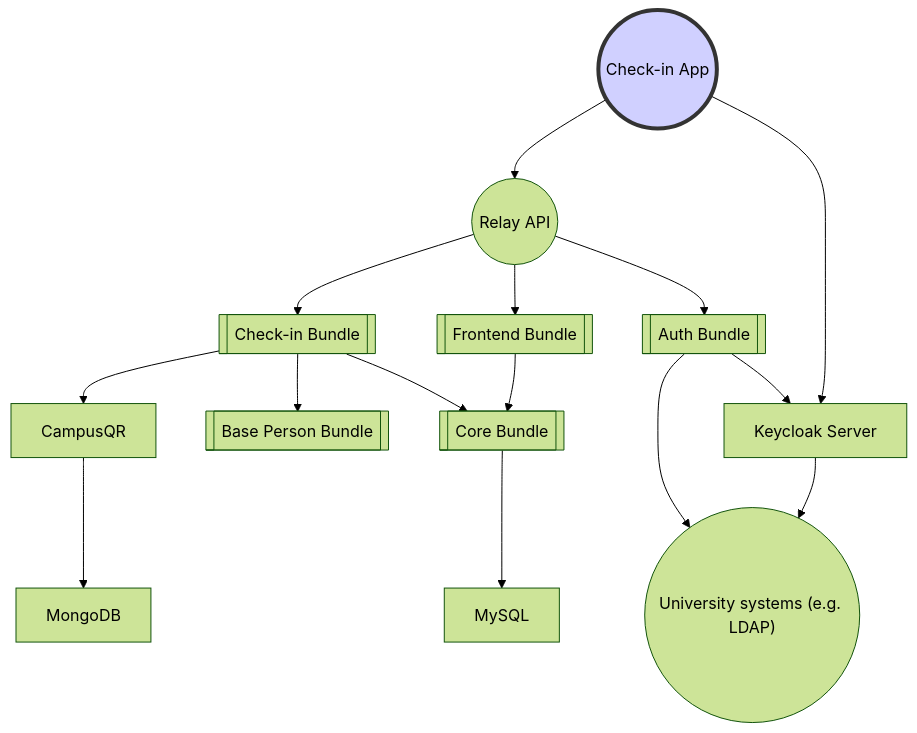
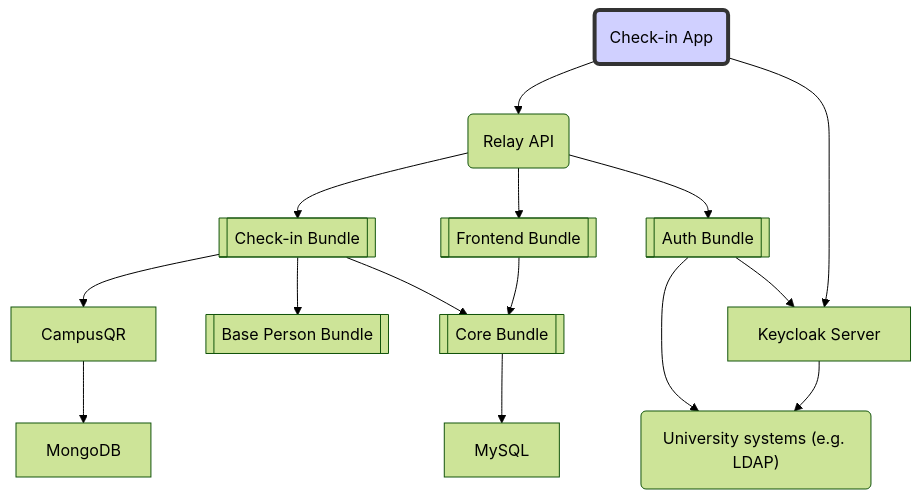
The diagram in docs/blueprints/check-in.md (digital-blueprint/handbook), drawn with Mermaid (forest theme) before and after one commit. The commit also changed 2 other files, not shown here.

Commit message:
blueprints: remove the mermaid links for now
they are all broken, but the targets don't have a fixed position yet,
so just remove them for now

````diff
--- a/docs/blueprints/check-in.md
+++ b/docs/blueprints/check-in.md
@@ -32,30 +32,19 @@
 ```{.mermaid style="max-width:600px; margin: auto"}
 graph TB
-    frontend((Check-in App))-->relay((Relay API))
+    frontend(Check-in App)-->relay(Relay API)
     frontend-->keycloak[Keycloak Server]
     relay-->check-in-bundle[[Check-in Bundle]]
     relay-->frontend-bundle[[Frontend Bundle]]
     relay-->auth-bundle[[Auth Bundle]]
     check-in-bundle-->campus-qr[CampusQR]
     campus-qr-->mongodb[MongoDB]
     check-in-bundle-->base-person-bundle[[Base Person Bundle]]
     check-in-bundle-->core-bundle[[Core Bundle]]
     frontend-bundle-->core-bundle
     core-bundle-->mysql[MySQL]
-    auth-bundle-->local-system(("University systems (e.g. LDAP)"))
+    auth-bundle-->local-system("University systems (e.g. LDAP)")
     auth-bundle-->keycloak
     keycloak-->local-system
 
     style frontend fill:#d0d0ff,stroke:#333,stroke-width:4px
-    click frontend "/site/software/check-in.html#frontend-app" "Check-in App"
-    click keycloak "/site/software/check-in.html#keycloak-server" "Keycloak Server"
-    click relay "/site/software/check-in.html#relay-api" "Relay API"
-    click check-in-bundle "/site/software/check-in.html#relay-api" "Relay API"
-    click campus-qr "/site/software/check-in.html#campusqr" "Campus QR"
-    click mongodb "/site/software/check-in.html#mongodb" "MongoDB"
-    click mysql "/site/software/check-in.html#mysql" "MySQL"
-    click frontend-bundle "/site/software/check-in.html#relay-api" "Relay API"
-    click base-person-bundle "/site/components/base-person-bundle.html" "Base Person Bundle"
-    click core-bundle "/site/software/check-in.html#relay-api" "Relay API"
-    click auth-bundle "/site/software/check-in.html#relay-api" "Relay API"
 ```
````
